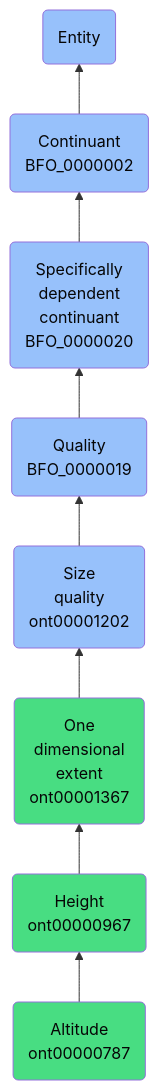
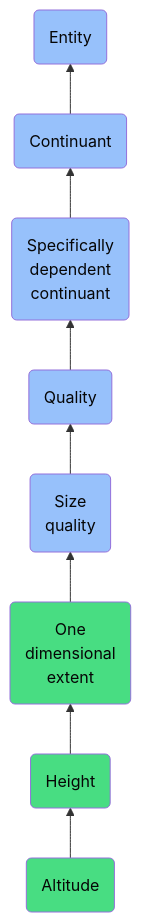
The diagram in docs/ontology/reference/model/Entity/Continuant/Specifically dependent continuant/Quality/Size quality/One dimensional extent/Height/Altitude/Altitude.md (jupyter-naas/abi), drawn with Mermaid before and after one commit. The commit also changed other lines of this file and 1430 other files, not shown here.

````diff
--- a/docs/ontology/reference/model/Entity/Continuant/Specifically dependent continuant/Quality/Size quality/One dimensional extent/Height/Altitude/Altitude.md
+++ b/docs/ontology/reference/model/Entity/Continuant/Specifically dependent continuant/Quality/Size quality/One dimensional extent/Height/Altitude/Altitude.md
@@ -24,15 +24,15 @@
 ```mermaid
 graph BT
-    ont00000787(Altitude<br>ont00000787):::ABI-->ont00000967
-    ont00000967(Height<br>ont00000967):::ABI-->ont00001367
-    ont00001367(One<br>dimensional<br>extent<br>ont00001367):::ABI-->ont00001202
-    ont00001202(Size<br>quality<br>ont00001202):::BFO-->BFO_0000019
-    BFO_0000019(Quality<br>BFO_0000019):::BFO-->BFO_0000020
-    BFO_0000020(Specifically<br>dependent<br>continuant<br>BFO_0000020):::BFO-->BFO_0000002
-    BFO_0000002(Continuant<br>BFO_0000002):::BFO-->BFO_0000001
+    ont00000787(Altitude):::ABI-->ont00000967
+    ont00000967(Height):::ABI-->ont00001367
+    ont00001367(One<br>dimensional<br>extent):::ABI-->ont00001202
+    ont00001202(Size<br>quality):::BFO-->BFO_0000019
+    BFO_0000019(Quality):::BFO-->BFO_0000020
+    BFO_0000020(Specifically<br>dependent<br>continuant):::BFO-->BFO_0000002
+    BFO_0000002(Continuant):::BFO-->BFO_0000001
     BFO_0000001(Entity):::BFO
     
     classDef BFO fill:#97c1fb,color:#060606
     classDef CCO fill:#e4c51e,color:#060606
     classDef ABI fill:#48DD82,color:#060606
 ```
````
